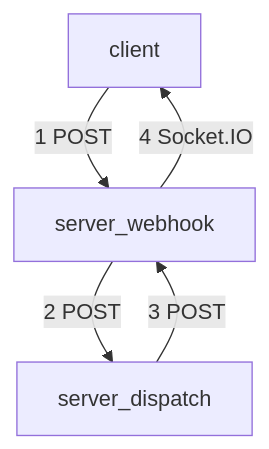
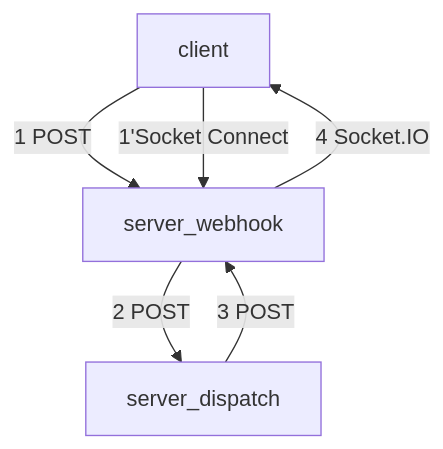
Before and after one commit to btxTruong/webhook_socketio: the diagram in README.md, drawn with Mermaid.

Commit message:
feat: update chart

````diff
--- a/README.md
+++ b/README.md
@@ -10,7 +10,8 @@
 ```mermaid
 graph TD;
     client -->|1 POST| server_webhook;
+    client -->|1'Socket Connect | server_webhook;
     server_webhook -->|2 POST| server_dispatch;
     server_dispatch -->|3 POST| server_webhook;
     server_webhook -->|4 Socket.IO| client;
 ```
````
